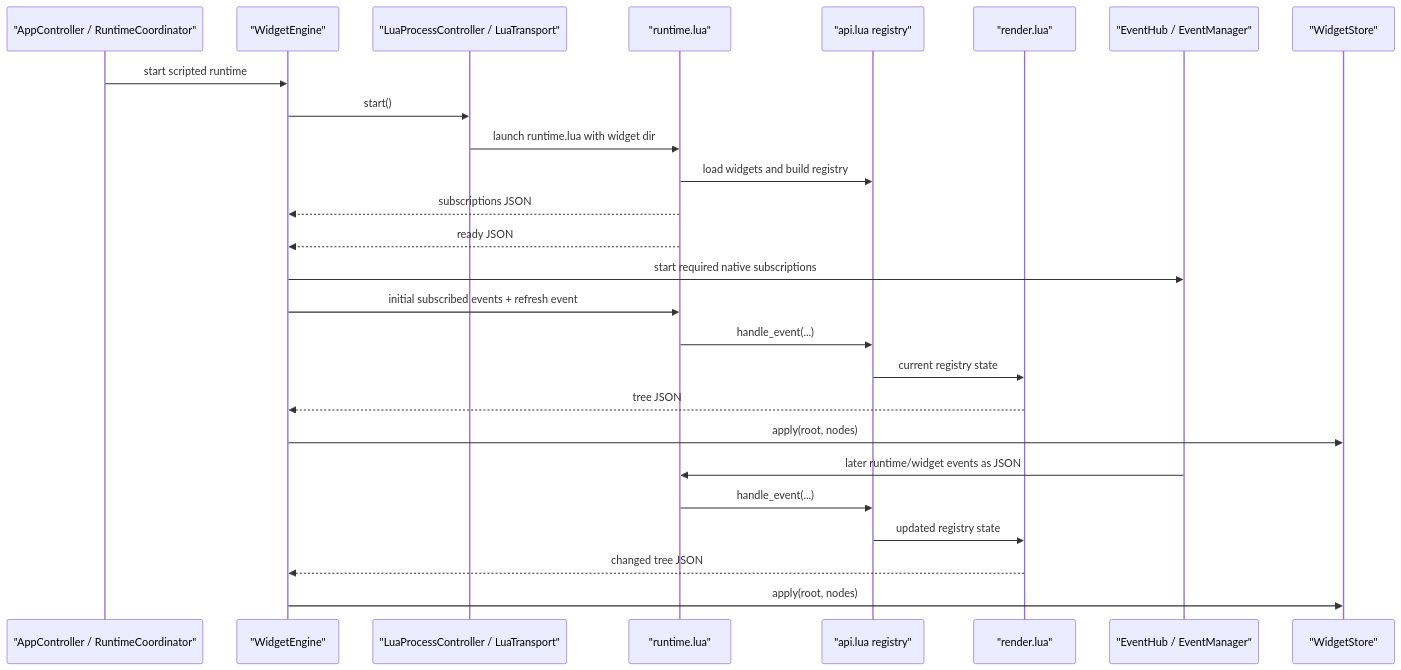
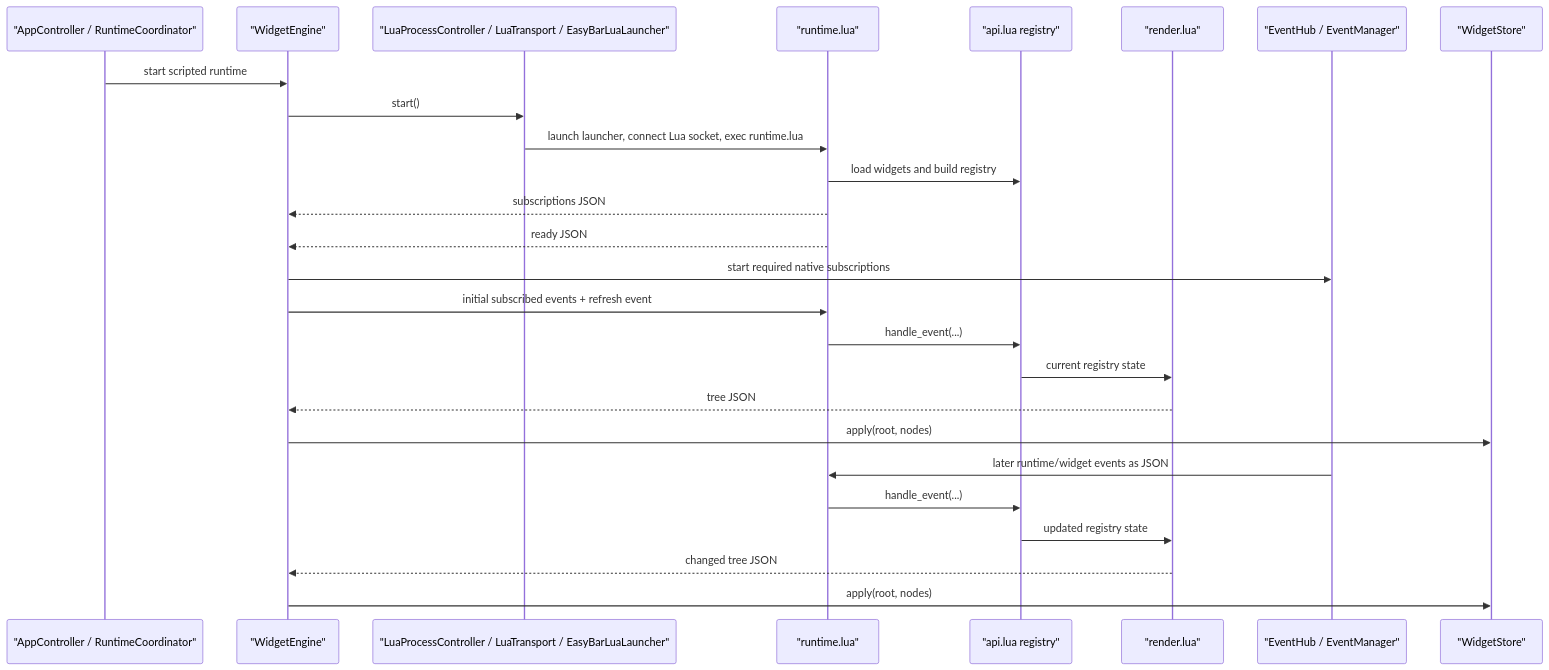
The diagram in docs/LUA_RUNTIME.md (gi8lino/easybar), drawn with Mermaid before and after one commit. The commit also changed other lines of this file and 27 other files, not shown here.

Commit message:
Move Lua runtime transport to dedicated socket

````diff
--- a/docs/LUA_RUNTIME.md
+++ b/docs/LUA_RUNTIME.md
@@ -32,29 +35,29 @@
 ```mermaid
 sequenceDiagram
     participant App as "AppController / RuntimeCoordinator"
     participant Engine as "WidgetEngine"
-    participant Proc as "LuaProcessController / LuaTransport"
+    participant Proc as "LuaProcessController / LuaTransport / EasyBarLuaLauncher"
     participant Lua as "runtime.lua"
     participant API as "api.lua registry"
     participant Render as "render.lua"
     participant Events as "EventHub / EventManager"
     participant Store as "WidgetStore"
 
     App->>Engine: start scripted runtime
     Engine->>Proc: start()
-    Proc->>Lua: launch runtime.lua with widget dir
+    Proc->>Lua: launch launcher, connect Lua socket, exec runtime.lua
     Lua->>API: load widgets and build registry
     Lua-->>Engine: subscriptions JSON
     Lua-->>Engine: ready JSON
     Engine->>Events: start required native subscriptions
     Engine->>Lua: initial subscribed events + refresh event
     Lua->>API: handle_event(...)
     API->>Render: current registry state
     Render-->>Engine: tree JSON
     Engine->>Store: apply(root, nodes)
     Events->>Lua: later runtime/widget events as JSON
     Lua->>API: handle_event(...)
     API->>Render: updated registry state
     Render-->>Engine: changed tree JSON
     Engine->>Store: apply(root, nodes)
 ```
````
